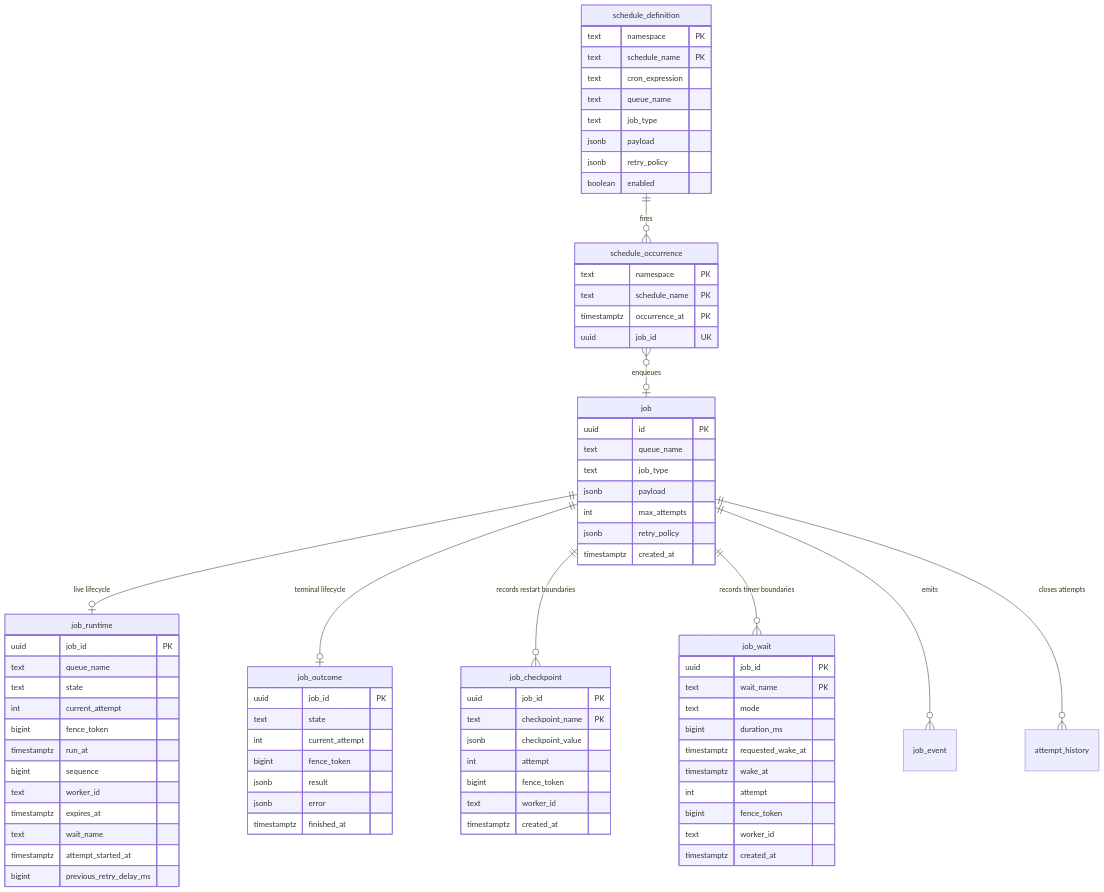
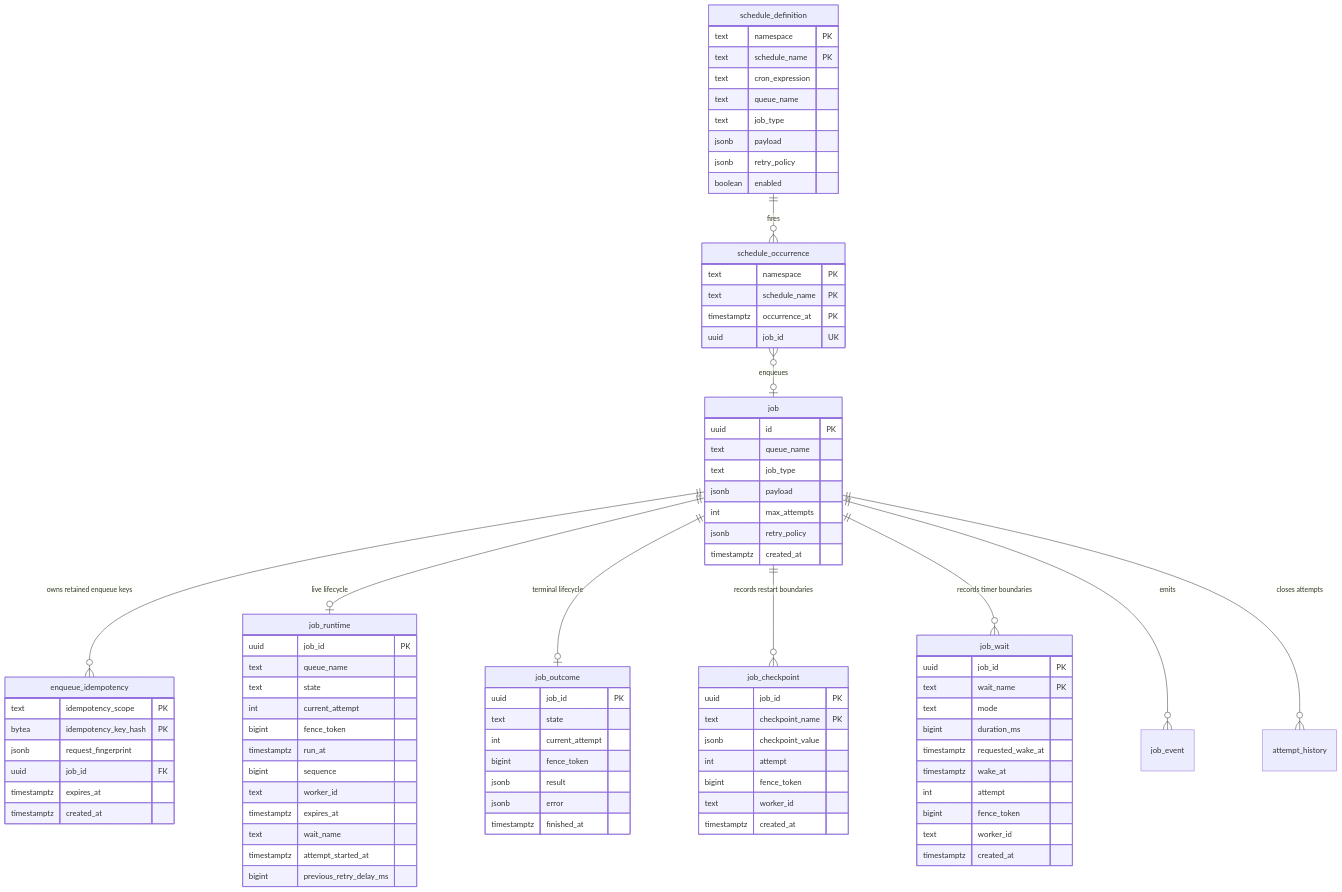
One commit to stablemates/workhorse changed the second of 3 diagrams in docs/architecture.md. Above: the diagram before and after it, drawn with Mermaid. The commit also changed other lines of this file and 22 other files, not shown here.

Commit message:
feat: add enqueue idempotency keys

````diff
--- a/docs/architecture.md
+++ b/docs/architecture.md
@@ -36,5 +36,6 @@
 ```mermaid
 erDiagram
+  job ||--o{ enqueue_idempotency : "owns retained enqueue keys"
   job ||--o| job_runtime : "live lifecycle"
   job ||--o| job_outcome : "terminal lifecycle"
   job ||--o{ job_checkpoint : "records restart boundaries"
@@ -51,6 +52,14 @@
     jsonb payload
     int max_attempts
     jsonb retry_policy
+    timestamptz created_at
+  }
+  enqueue_idempotency {
+    text idempotency_scope PK
+    bytea idempotency_key_hash PK
+    jsonb request_fingerprint
+    uuid job_id FK
+    timestamptz expires_at
     timestamptz created_at
   }
   job_runtime {
````
